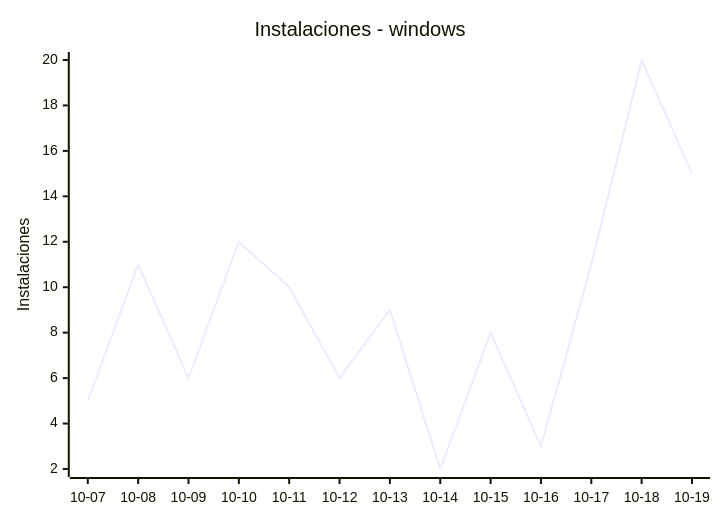
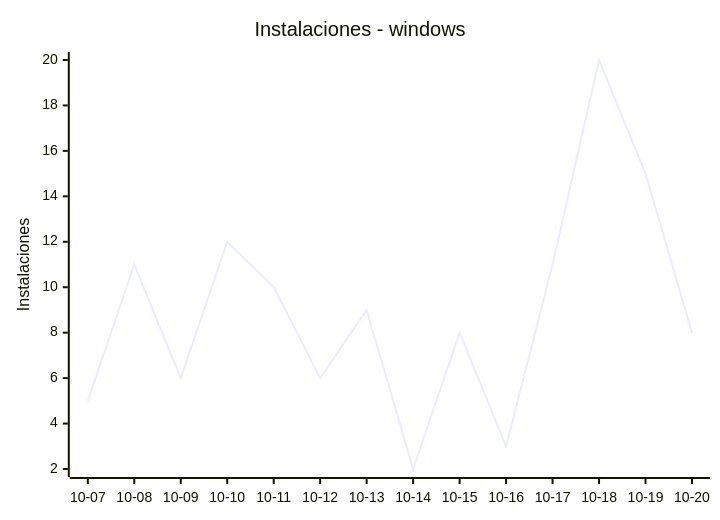
One commit to EmuDeck/stats changed the sixth of 8 diagrams in README.md. Above: the diagram before and after it, drawn with Mermaid. The commit also changed other lines of this file and 2 other files, not shown here.

````diff
--- a/README.md
+++ b/README.md
@@ -68,7 +68,7 @@
 ```mermaid
 xychart-beta
     title "Instalaciones - windows"
-    x-axis ["10-07", "10-08", "10-09", "10-10", "10-11", "10-12", "10-13", "10-14", "10-15", "10-16", "10-17", "10-18", "10-19"]
+    x-axis ["10-07", "10-08", "10-09", "10-10", "10-11", "10-12", "10-13", "10-14", "10-15", "10-16", "10-17", "10-18", "10-19", "10-20"]
     y-axis "Instalaciones"
-    line [5, 11, 6, 12, 10, 6, 9, 2, 8, 3, 11, 20, 15]
+    line [5, 11, 6, 12, 10, 6, 9, 2, 8, 3, 11, 20, 15, 8]
 ```
````
